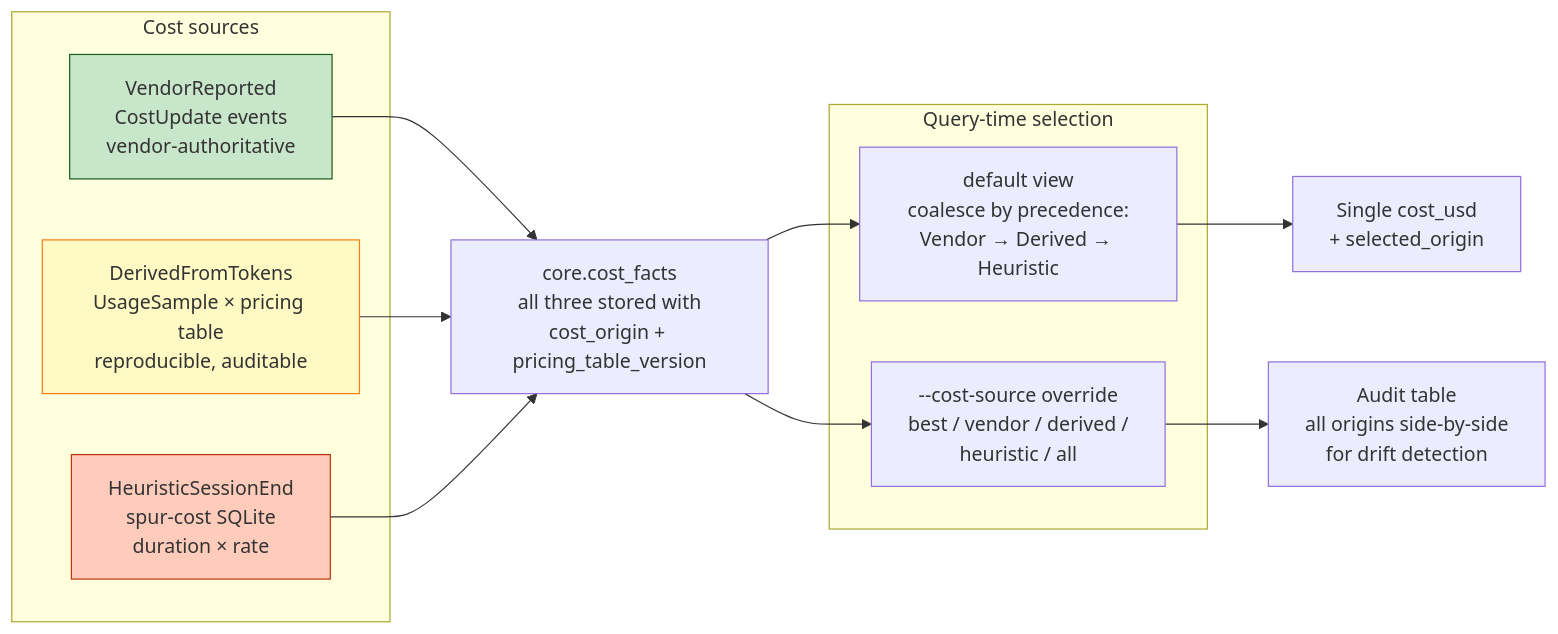
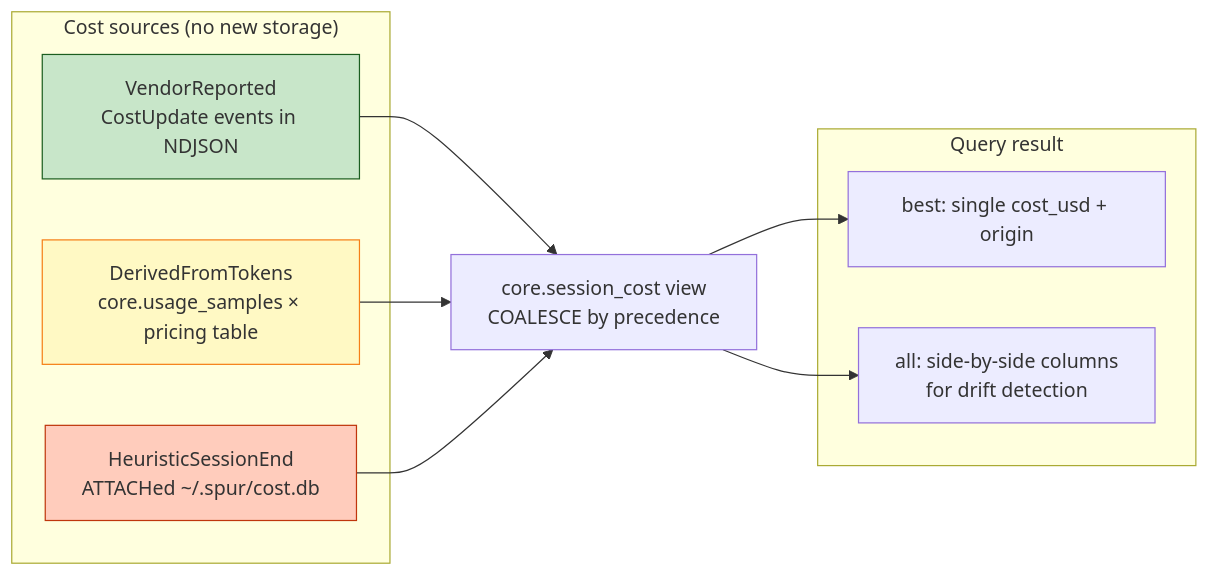
The fourth of 6 diagrams in docs/superpowers/specs/2026-04-18-duckdb-analytics-design.md (getspur/spur), drawn with Mermaid before and after one commit. The commit also changed other lines of this file, not shown here.

````diff
--- a/docs/superpowers/specs/2026-04-18-duckdb-analytics-design.md
+++ b/docs/superpowers/specs/2026-04-18-duckdb-analytics-design.md
@@ -304,33 +379,28 @@
 ```mermaid
 flowchart LR
-  subgraph sources["Cost sources"]
-    V["VendorReported<br/>CostUpdate events<br/>vendor-authoritative"]
-    D["DerivedFromTokens<br/>UsageSample × pricing table<br/>reproducible, auditable"]
-    H["HeuristicSessionEnd<br/>spur-cost SQLite<br/>duration × rate"]
+  subgraph sources["Cost sources (no new storage)"]
+    V["VendorReported<br/>CostUpdate events in NDJSON"]
+    D["DerivedFromTokens<br/>core.usage_samples × pricing table"]
+    H["HeuristicSessionEnd<br/>ATTACHed ~/.spur/cost.db"]
   end
 
-  CF["core.cost_facts<br/>all three stored with<br/>cost_origin + pricing_table_version"]
+  VIEW["core.session_cost view<br/>COALESCE by precedence"]
 
-  subgraph query["Query-time selection"]
-    DEFAULT["default view<br/>coalesce by precedence:<br/>Vendor → Derived → Heuristic"]
-    OVERRIDE["--cost-source override<br/>best / vendor / derived /<br/>heuristic / all"]
+  subgraph out["Query result"]
+    OUT1["best: single cost_usd + origin"]
+    OUT2["all: side-by-side columns<br/>for drift detection"]
   end
 
-  OUT1["Single cost_usd<br/>+ selected_origin"]
-  OUT2["Audit table<br/>all origins side-by-side<br/>for drift detection"]
-
-  V --> CF
-  D --> CF
-  H --> CF
-  CF --> DEFAULT
-  CF --> OVERRIDE
-  DEFAULT --> OUT1
-  OVERRIDE --> OUT2
+  V --> VIEW
+  D --> VIEW
+  H --> VIEW
+  VIEW --> OUT1
+  VIEW --> OUT2
 
   classDef best fill:#c8e6c9,stroke:#1b5e20
   classDef mid fill:#fff9c4,stroke:#f57f17
   classDef fallback fill:#ffccbc,stroke:#bf360c
   class V best
   class D mid
   class H fallback
 ```
````
